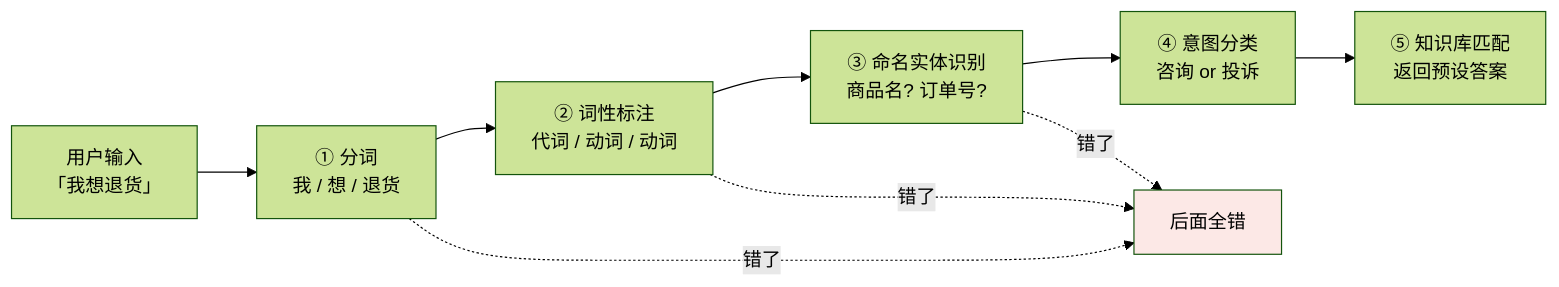
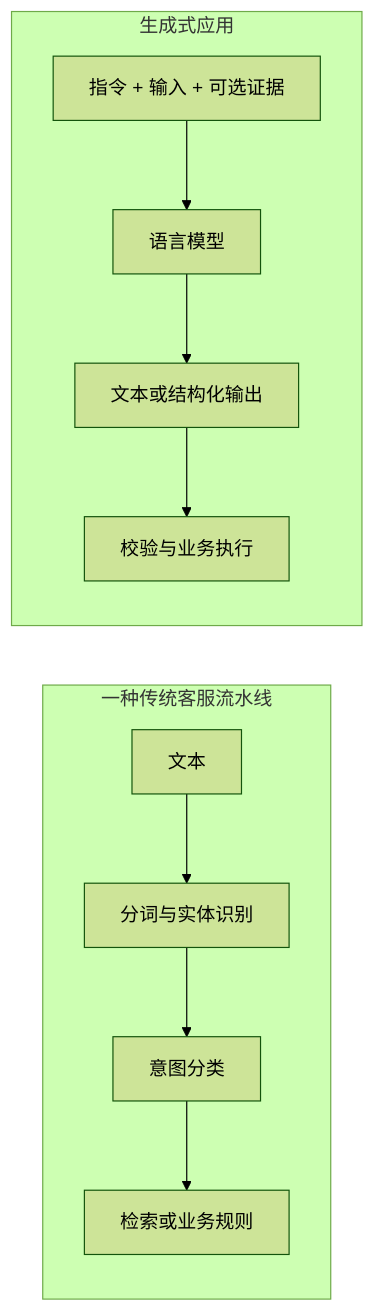
Before and after one commit to oneleaveknowsthefall/awesome-ai-roadmap: the first of 2 diagrams in docs/llm/01-foundations/01-what-is-llm.md, drawn with Mermaid (forest theme). The commit also changed other lines of this file and 45 other files, not shown here.

````diff
--- a/docs/llm/01-foundations/01-what-is-llm.md
+++ b/docs/llm/01-foundations/01-what-is-llm.md
@@ -13,14 +13,13 @@
 ```mermaid
 flowchart LR
-    IN["用户输入<br/>「我想退货」"] --> A["① 分词<br/>我 / 想 / 退货"]
-    A --> B["② 词性标注<br/>代词 / 动词 / 动词"]
-    B --> C["③ 命名实体识别<br/>商品名? 订单号?"]
-    C --> D["④ 意图分类<br/>咨询 or 投诉"]
-    D --> E["⑤ 知识库匹配<br/>返回预设答案"]
-
-    A -.错了.-> X["后面全错"]
-    B -.错了.-> X
-    C -.错了.-> X
-
-    style X fill:#fce8e6
+    subgraph PIPE["一种传统客服流水线"]
+        A["文本"] --> B["分词与实体识别"]
+        B --> C["意图分类"]
+        C --> D["检索或业务规则"]
+    end
+    subgraph GEN["生成式应用"]
+        E["指令 + 输入 + 可选证据"] --> F["语言模型"]
+        F --> G["文本或结构化输出"]
+        G --> H["校验与业务执行"]
+    end
 ```
````
